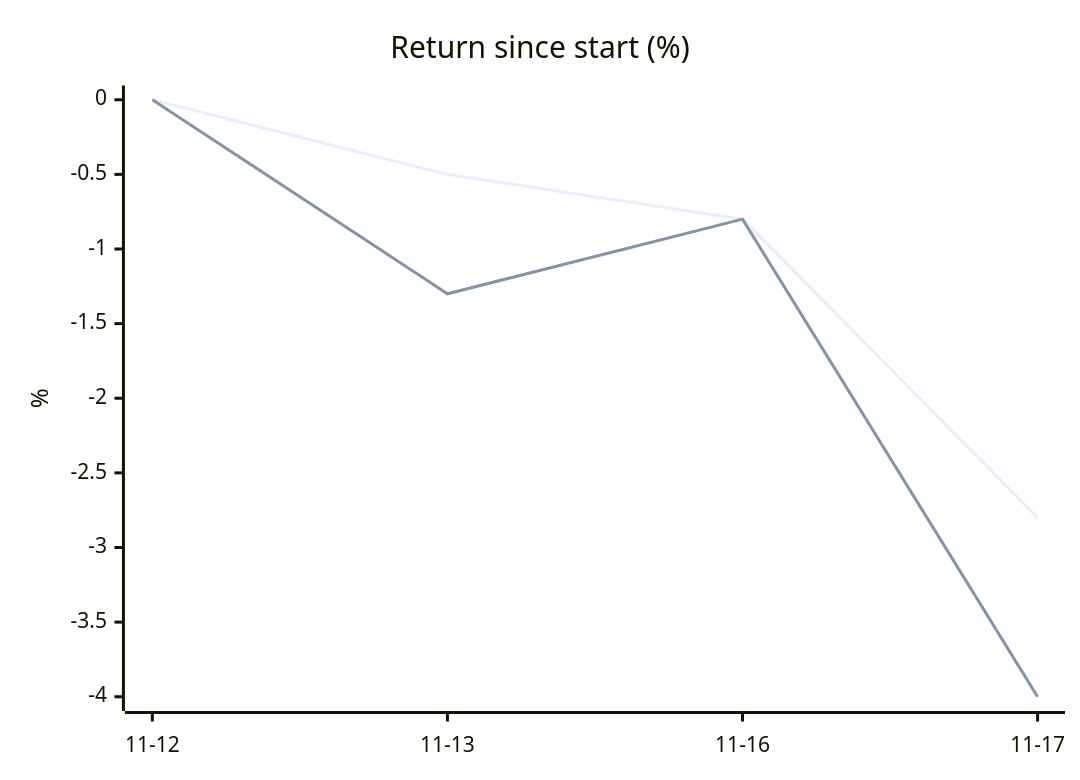
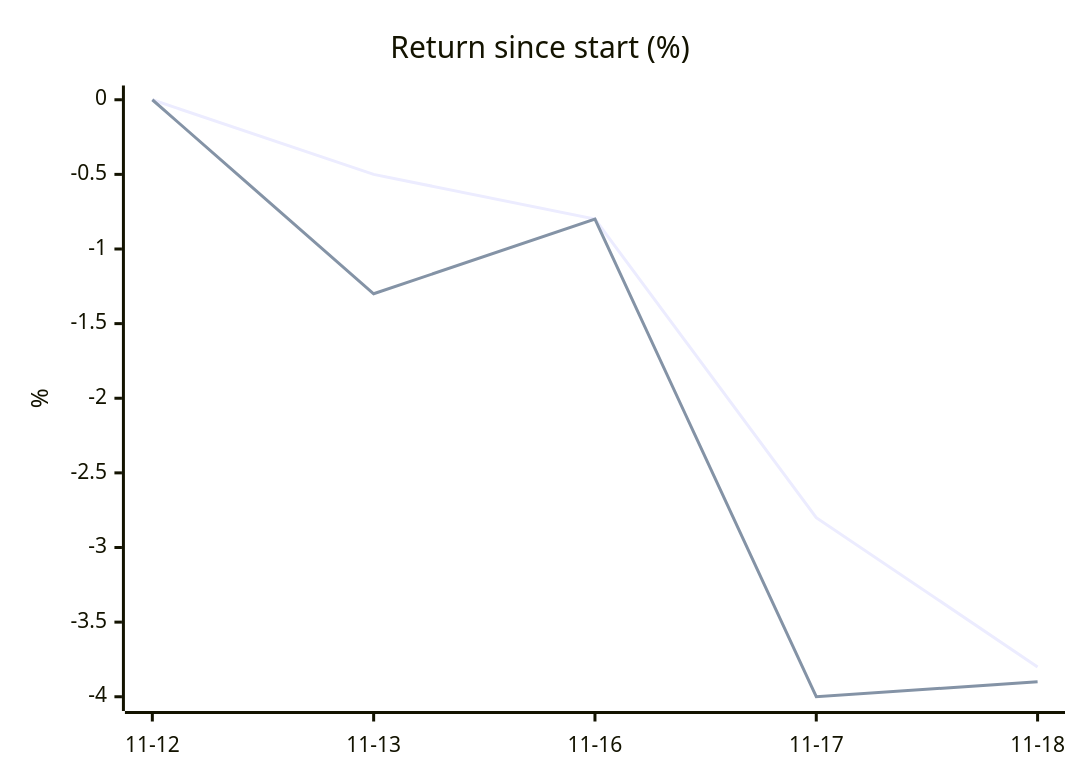
One commit to owlpowell50-creator/trading-bot changed the diagram in 06 - One-Month Trial.md. Above: the diagram before and after it, drawn with Mermaid. The commit also changed other lines of this file and 13 other files, not shown here.

````diff
--- a/06 - One-Month Trial.md
+++ b/06 - One-Month Trial.md
@@ -32,8 +33,8 @@
 ```mermaid
 xychart-beta
     title "Return since start (%)"
-    x-axis ["11-12", "11-13", "11-16", "11-17"]
+    x-axis ["11-12", "11-13", "11-16", "11-17", "11-18"]
     y-axis "%" -4 --> 0
-    line [-0.0, -0.5, -0.8, -2.8]
-    line [0.0, -1.3, -0.8, -4.0]
+    line [-0.0, -0.5, -0.8, -2.8, -3.8]
+    line [0.0, -1.3, -0.8, -4.0, -3.9]
 ```
````
